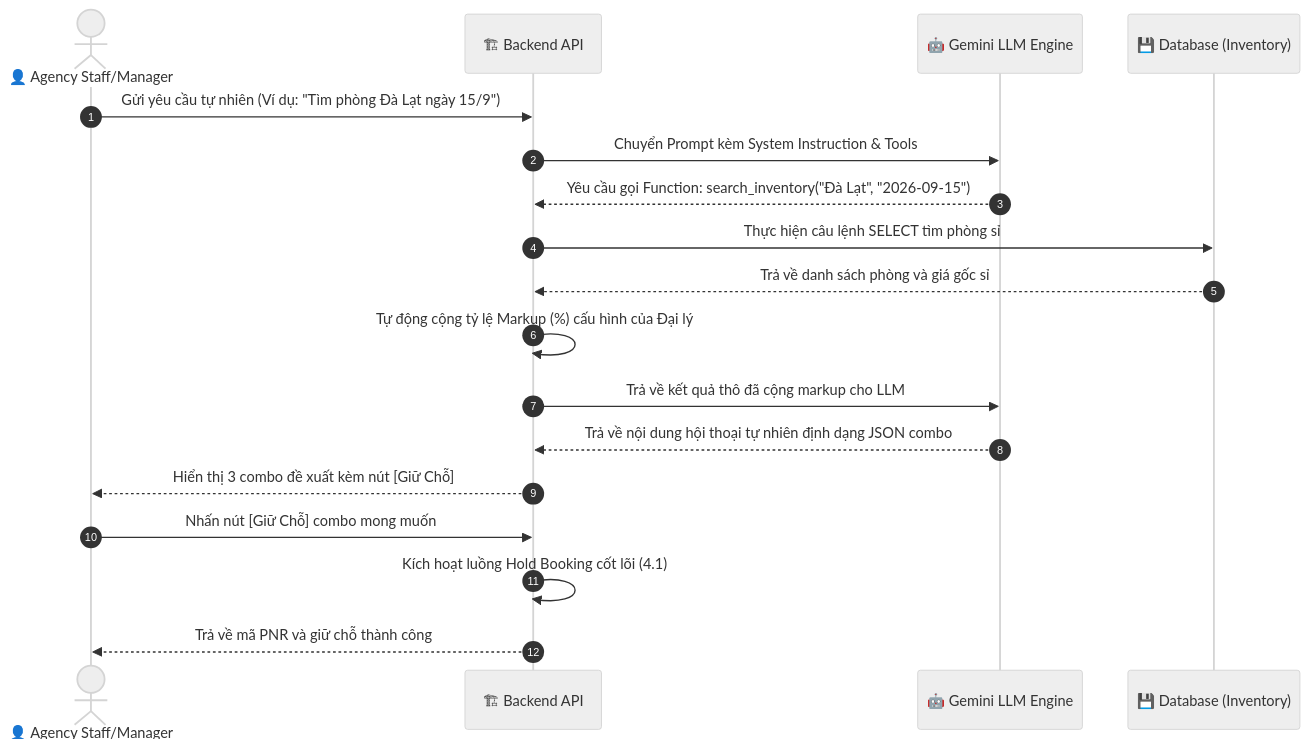
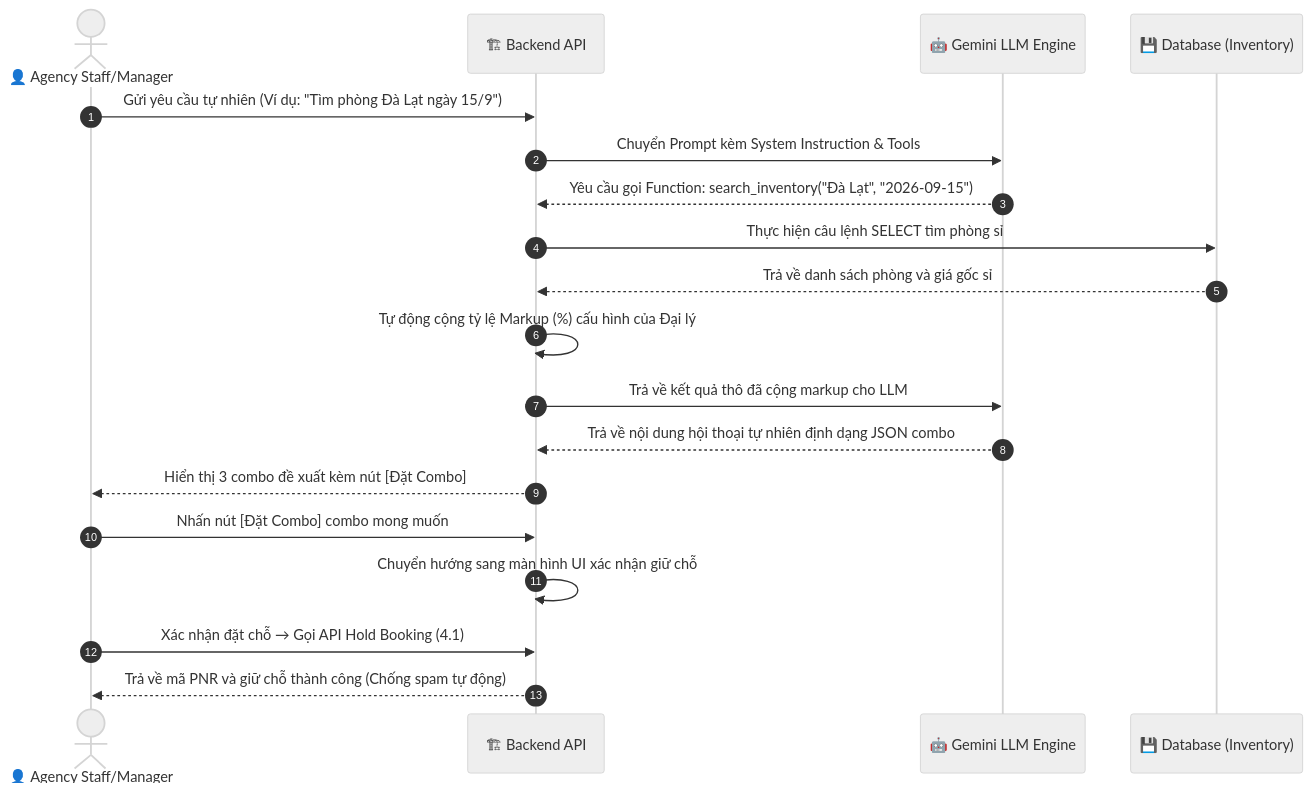
One commit to thanh-16/B2B_Tour changed diagram 13 of 36 in docs/actor and usecase/actors.md. Above: the diagram before and after it, drawn with Mermaid (neutral theme). The commit also changed other lines of this file and 3 other files, not shown here.

````diff
--- a/docs/actor and usecase/actors.md
+++ b/docs/actor and usecase/actors.md
@@ -442,22 +443,23 @@
 ```mermaid
 sequenceDiagram
     autonumber
     actor Staff as 👤 Agency Staff/Manager
     participant API as 🏗 Backend API
     participant AI as 🤖 Gemini LLM Engine
     participant DB as 💾 Database (Inventory)
 
     Staff->>API: Gửi yêu cầu tự nhiên (Ví dụ: "Tìm phòng Đà Lạt ngày 15/9")
     API->>AI: Chuyển Prompt kèm System Instruction & Tools
     AI-->>API: Yêu cầu gọi Function: search_inventory("Đà Lạt", "2026-09-15")
     API->>DB: Thực hiện câu lệnh SELECT tìm phòng sỉ
     DB-->>API: Trả về danh sách phòng và giá gốc sỉ
     API->>API: Tự động cộng tỷ lệ Markup (%) cấu hình của Đại lý
     API->>AI: Trả về kết quả thô đã cộng markup cho LLM
     AI-->>API: Trả về nội dung hội thoại tự nhiên định dạng JSON combo
-    API-->>Staff: Hiển thị 3 combo đề xuất kèm nút [Giữ Chỗ]
+    API-->>Staff: Hiển thị 3 combo đề xuất kèm nút [Đặt Combo]
 
-    Staff->>API: Nhấn nút [Giữ Chỗ] combo mong muốn
-    API->>API: Kích hoạt luồng Hold Booking cốt lõi (4.1)
-    API-->>Staff: Trả về mã PNR và giữ chỗ thành công
+    Staff->>API: Nhấn nút [Đặt Combo] combo mong muốn
+    API->>API: Chuyển hướng sang màn hình UI xác nhận giữ chỗ
+    Staff->>API: Xác nhận đặt chỗ → Gọi API Hold Booking (4.1)
+    API-->>Staff: Trả về mã PNR và giữ chỗ thành công (Chống spam tự động)
 ```
````
